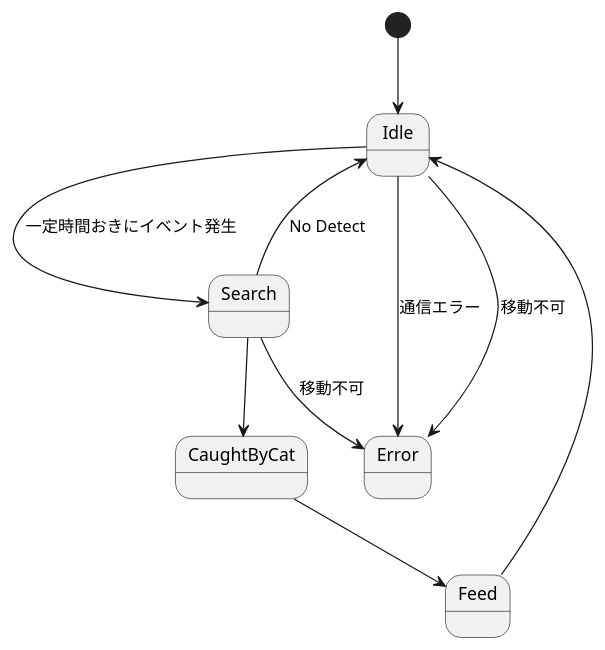
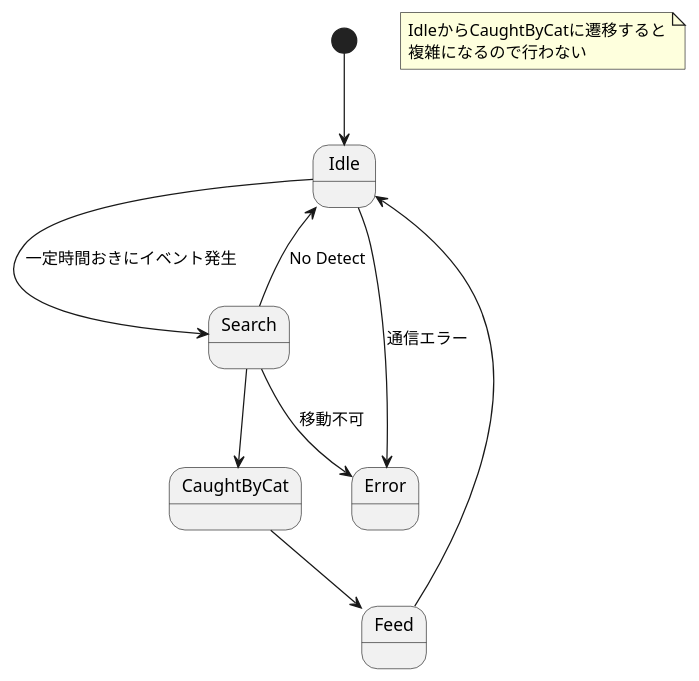
One commit to yudai0804/cat-gpt changed the diagram in uml/state_machine/all.pu. Above: the diagram before and after it, drawn with PlantUML. The commit also changed 1 other file, not shown here.

```diff
--- a/uml/state_machine/all.pu
+++ b/uml/state_machine/all.pu
@@ -1,11 +1,11 @@
 @startuml
 [*] --> Idle
+note "IdleからCaughtByCatに遷移すると\n複雑になるので行わない" as N1
 Idle --> Search : 一定時間おきにイベント発生
 Idle --> Error : 通信エラー
-Idle --> Error : 移動不可
 Search --> Idle : No Detect
 Search --> CaughtByCat
 Search --> Error : 移動不可
 CaughtByCat --> Feed
 Feed --> Idle
 @enduml
```
